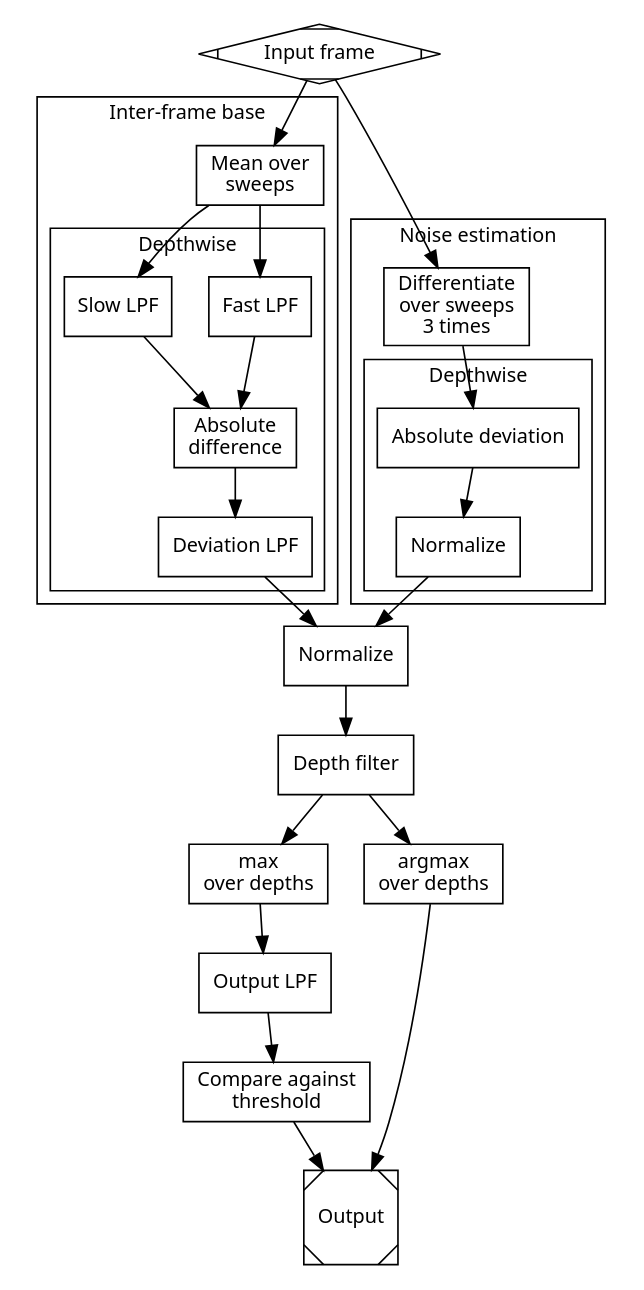
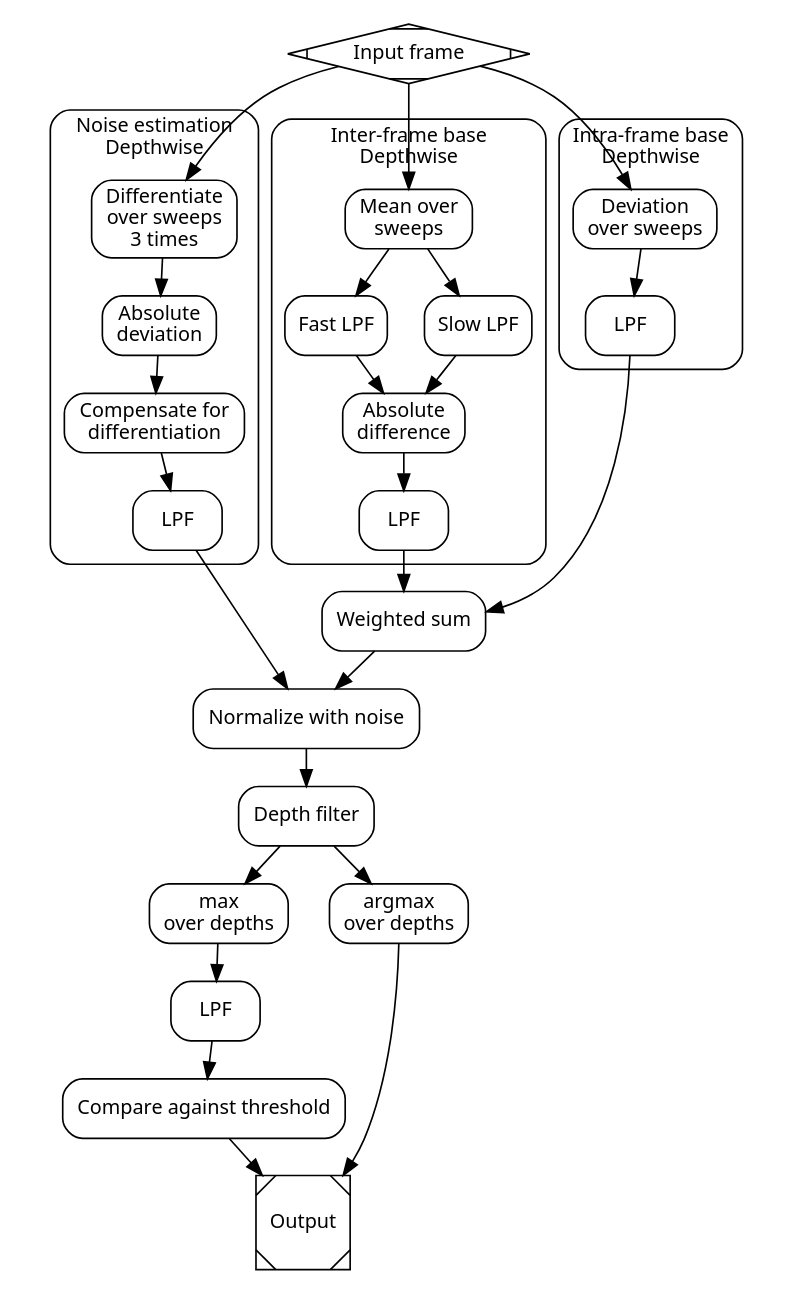
The diagram in docs/graphs/presence_detection_sparse.dot (acconeer/acconeer-python-exploration), drawn with Graphviz before and after one commit. The commit also changed 4 other files, not shown here.

Commit message:
Update docs with intra-frame sparse presence

```diff
--- a/docs/graphs/presence_detection_sparse.dot
+++ b/docs/graphs/presence_detection_sparse.dot
@@ -1,63 +1,70 @@
 digraph {
-  graph [pad=0.1, nodesep=0.3, ranksep=0.4]
+  pad=0.1
+  ranksep=0.3
+  nodesep=0.3
   bgcolor="#ffffff00"
   fontname=sans
   fontsize=12
-  node [fontname=sans, fontsize=12]
+  style=rounded
+  node [fontname=sans, fontsize=12, shape=record, style=rounded]
 
-  in -> ss_mean
-  subgraph cluster_inter {
-    label="Inter-frame base"
+  subgraph cluster {
+    style=invis
 
-    ss_mean -> {lp_fast, lp_slow}
+    subgraph cluster_inter {
+        label="Inter-frame base\nDepthwise"
+        style=rounded
 
-    subgraph cluster_inter_dw {
-      label="Depthwise"
+        sweep_mean -> {fast_lpf, slow_lpf} -> fast_slow_dev -> inter_lpf
+    }
 
-      {lp_fast, lp_slow} -> inter_absdev -> lp_dev
+    subgraph cluster_intra {
+        label="Intra-frame base\nDepthwise"
+        style=rounded
+
+        sweep_dev -> intra_lpf
+    }
+
+    subgraph cluster_noise {
+        label="Noise estimation\nDepthwise"
+        style=rounded
+
+        noise_diff -> noise_dev -> noise_comp -> noise_lpf
     }
   }
 
-  in -> noise_deriv
-  subgraph cluster_noise {
-    label="Noise estimation"
+  in -> {sweep_mean, sweep_dev, noise_diff}
 
-    noise_deriv -> noise_absdev
-
-    subgraph cluster_inter_dw {
-      label="Depthwise"
-
-      noise_absdev -> noise_unbias
-    }
-
-  }
-
-  {lp_dev, noise_unbias} -> inter_norm
-
-  inter_norm -> depth_filter
+  {intra_lpf, inter_lpf} -> weighted_sum
+  {weighted_sum, noise_lpf} -> norm -> depth_filter
   depth_filter -> out_max -> lp_out -> threshold -> out
   depth_filter -> out_argmax -> out
 
   in [shape=Mdiamond, label="Input frame"]
 
-  ss_mean [shape=record, label="Mean over\nsweeps"]
-  lp_fast [shape=record, label="Fast LPF"]
-  lp_slow [shape=record, label="Slow LPF"]
-  lp_dev [shape=record, label="Deviation LPF"]
-  inter_absdev [shape=record, label="Absolute\ndifference"]
+  sweep_mean [label="Mean over\nsweeps"]
+  fast_lpf [label="Fast LPF"]
+  slow_lpf [label="Slow LPF"]
+  fast_slow_dev [label="Absolute\ndifference"]
+  inter_lpf [label="LPF"]
 
-  noise_deriv [shape=record, label="Differentiate\nover sweeps\n3 times"]
-  noise_absdev [shape=record, label="Absolute deviation"]
-  noise_unbias [shape=record, label="Normalize"]
+  sweep_dev [label="Deviation\nover sweeps"]
+  intra_lpf [label="LPF"]
 
-  inter_norm [shape=record, label="Normalize"]
+  noise_diff [label="Differentiate\nover sweeps\n3 times"]
+  noise_dev [label="Absolute\ndeviation"]
+  noise_comp [label="Compensate for\ndifferentiation"]
+  noise_lpf [label="LPF"]
 
-  depth_filter [shape=record, label="Depth filter"]
-  out_max [shape=record, label="max\nover depths"]
-  lp_out [shape=record, label="Output LPF"]
-  threshold [shape=record, label="Compare against\nthreshold"]
+  weighted_sum [label="Weighted sum"]
+  norm [label="Normalize with noise"]
 
-  out_argmax [shape=record, label="argmax\nover depths"]
+  depth_filter [label="Depth filter"]
+  out_max [label="max\nover depths"]
+  lp_out [label="LPF"]
+  threshold [label="Compare against threshold"]
+
+  out_argmax [label="argmax\nover depths"]
 
   out [shape=Msquare, label="Output"]
 }
```
